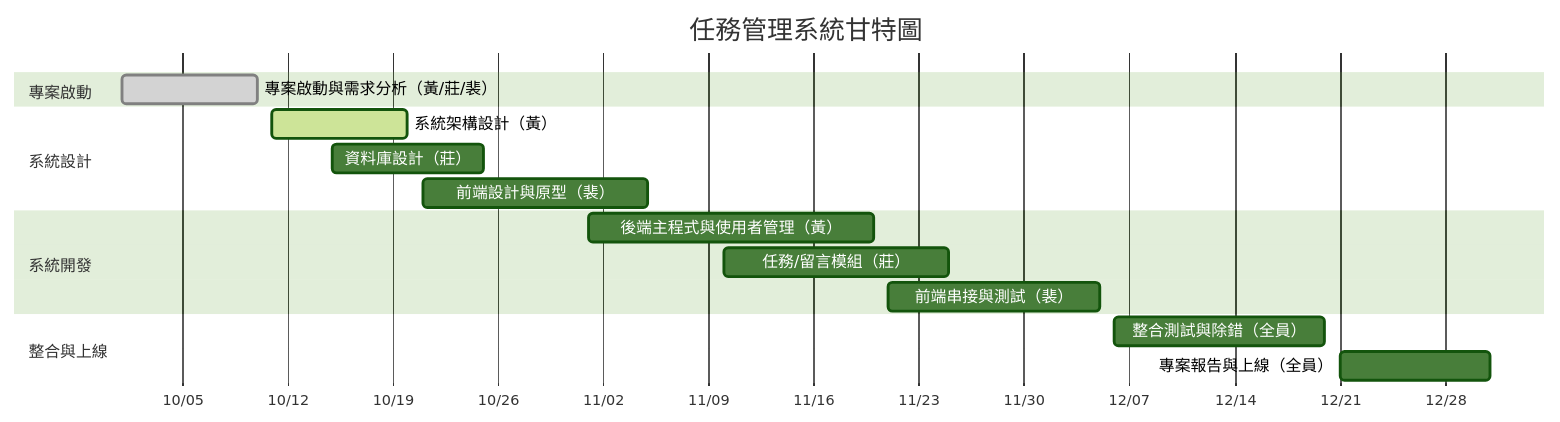
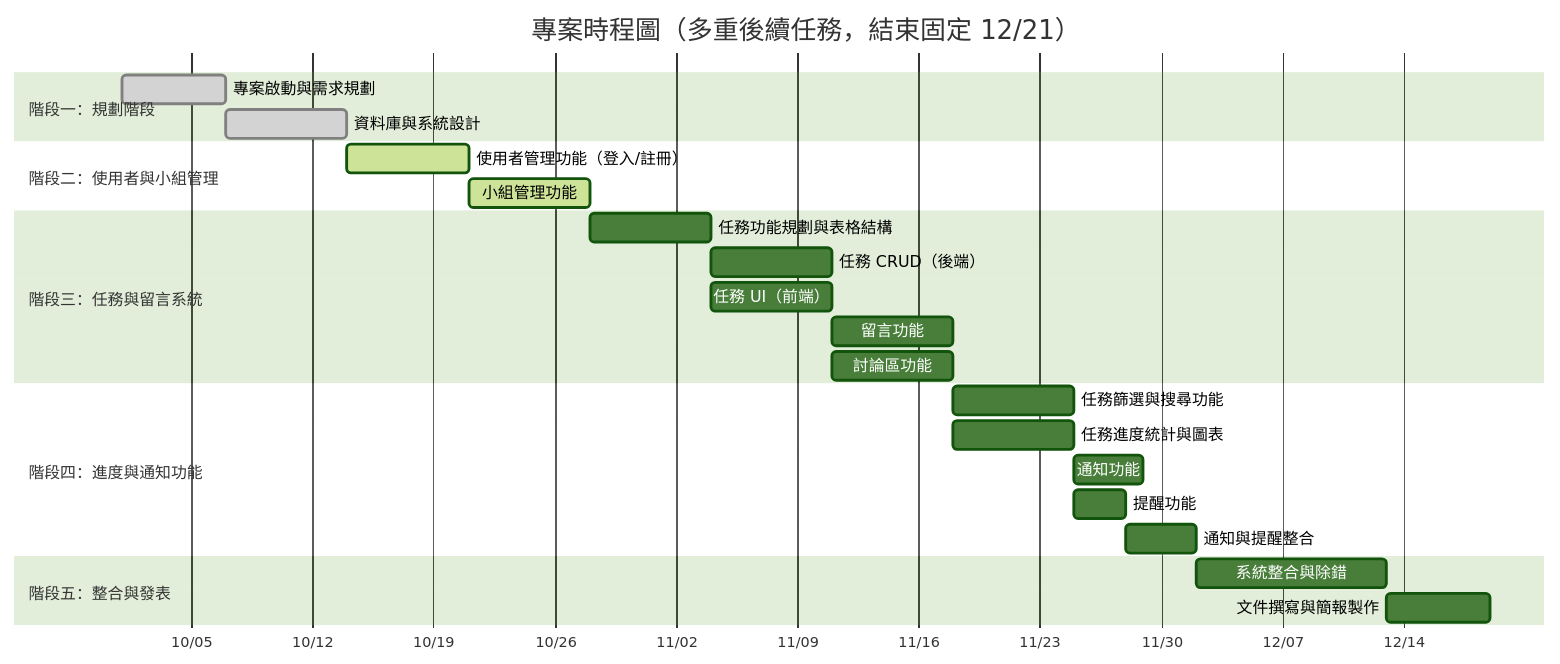
One commit to zhuang147/Task-Management changed the first of 2 diagrams in schedule.md. Above: the diagram before and after it, drawn with Mermaid (forest theme).

````diff
--- a/schedule.md
+++ b/schedule.md
@@ -39,23 +39,37 @@
 ```mermaid
 gantt
-    title 任務管理系統甘特圖
-    dateFormat  YYYY-MM-DD
-    axisFormat  %m/%d
+    title 專案時程圖（多重後續任務，結束固定 12/21）
+    dateFormat MM-DD
+    axisFormat %m/%d
 
-    section 專案啟動
-    專案啟動與需求分析（黃/莊/裴） :done, 2025-10-01, 2025-10-10
+    %% 狀態說明：
+    %% done: 灰色 (已完成)
+    %% active: 深藍框淺藍底 (正在進行)
+    %% 未指定: 預設顏色 (未開始)
 
-    section 系統設計
-    系統架構設計（黃） :active, 2025-10-11, 2025-10-20
-    資料庫設計（莊） : 2025-10-15, 2025-10-25
-    前端設計與原型（裴） : 2025-10-21, 2025-11-05
+    section 階段一：規劃階段
+    專案啟動與需求規劃           :done, a1, 10-01, 6d
+    資料庫與系統設計             :done, a2, 10-07, 7d
 
-    section 系統開發
-    後端主程式與使用者管理（黃） : 2025-11-01, 2025-11-20
-    任務/留言模組（莊） : 2025-11-10, 2025-11-25
-    前端串接與測試（裴） : 2025-11-21, 2025-12-05
+    section 階段二：使用者與小組管理
+    使用者管理功能（登入/註冊）    :active, b1, 10-14, 7d
+    小組管理功能                 :active, b2, 10-21, 7d
 
-    section 整合與上線
-    整合測試與除錯（全員） : 2025-12-06, 2025-12-20
-    專案報告與上線（全員） : 2025-12-21, 2025-12-31
+    section 階段三：任務與留言系統
+    任務功能規劃與表格結構          :c1, 10-28, 7d
+    任務 CRUD（後端）            :c2a, 11-04, 7d
+    任務 UI（前端）               :c2b, 11-04, 7d
+    留言功能                     :c3a, 11-11, 7d
+    討論區功能                   :c3b, 11-11, 7d
+
+    section 階段四：進度與通知功能
+    任務篩選與搜尋功能             :d1, 11-18, 7d
+    任務進度統計與圖表             :d2, 11-18, 7d
+    通知功能                     :d3a, 11-25, 4d
+    提醒功能                     :d3b, 11-25, 3d
+    通知與提醒整合                :d3c, 11-28, 4d
+
+    section 階段五：整合與發表
+    系統整合與除錯                :e1, 12-02, 11d
+    文件撰寫與簡報製作             :e2, 12-13, 6d
 ```
````
